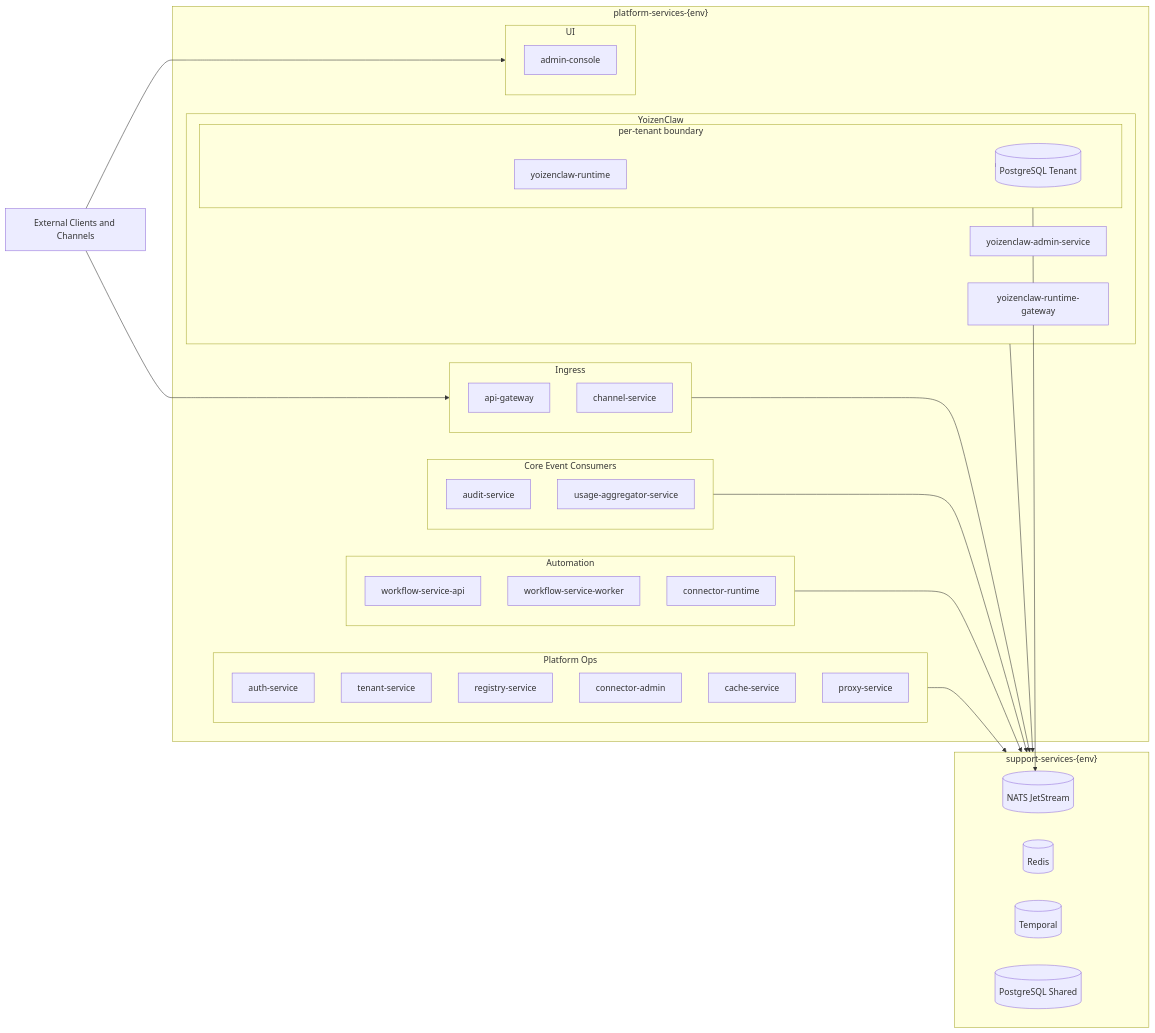
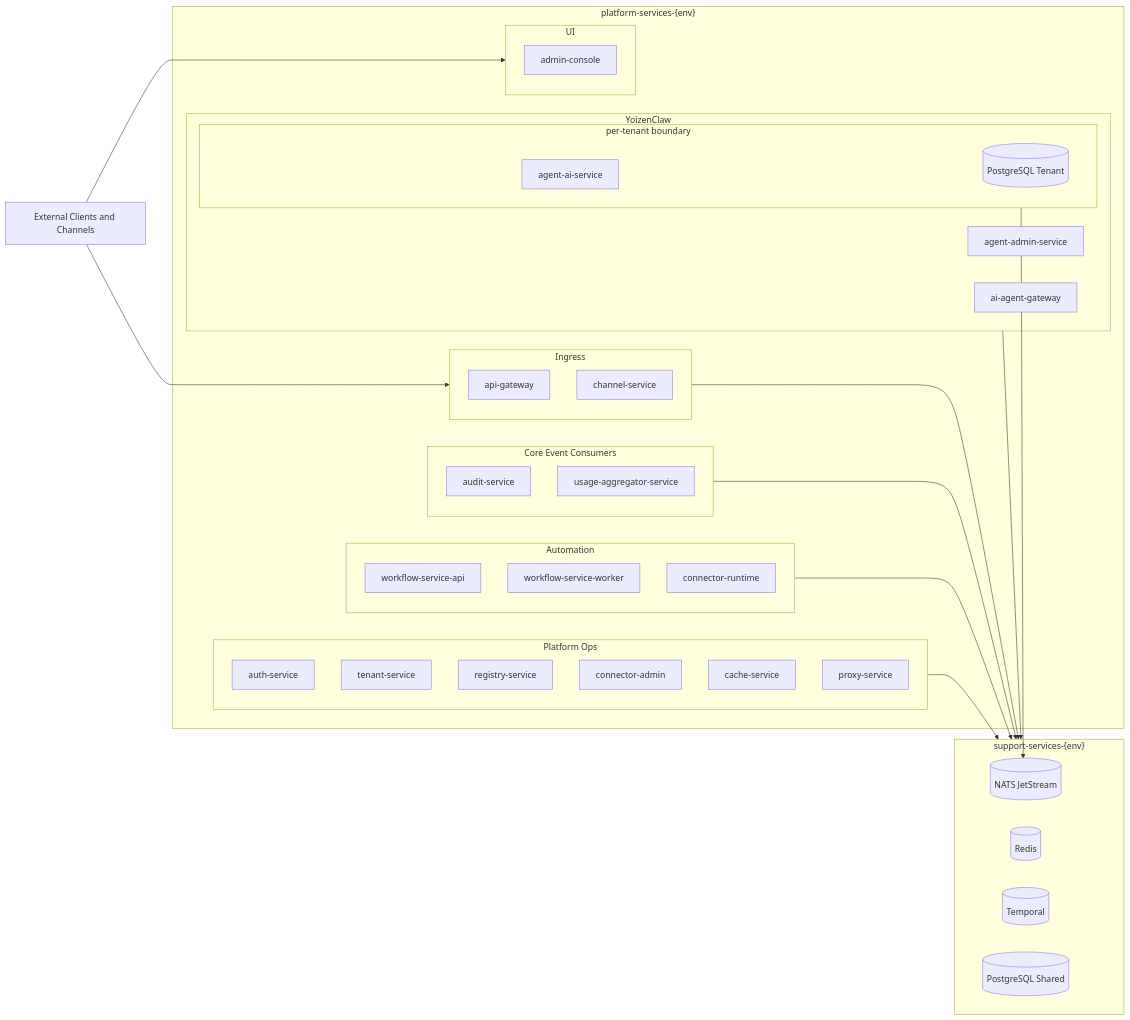
Before and after one commit to ccarnero/colloqui: the first of 11 diagrams in DOCS/01-ARCHITECTURE.md, drawn with Mermaid. The commit also changed other lines of this file and 1226 other files, not shown here.

````diff
--- a/DOCS/01-ARCHITECTURE.md
+++ b/DOCS/01-ARCHITECTURE.md
@@ -15,63 +15,63 @@
 ```mermaid
 flowchart LR
     ext[External Clients and Channels]
 
     subgraph support["support-services-{env}"]
         nats[(NATS JetStream)]
         redis[(Redis)]
         temporal[(Temporal)]
         pgs[(PostgreSQL Shared)]
     end
 
     subgraph platform["platform-services-{env}"]
         subgraph ingress[Ingress]
             gw[api-gateway]
             channel[channel-service]
         end
 
         subgraph core[Core Event Consumers]
             audit[audit-service]
             usage[usage-aggregator-service]
         end
 
         subgraph automation[Automation]
             wapi[workflow-service-api]
             wworker[workflow-service-worker]
             connector[connector-runtime]
         end
 
         subgraph yz[YoizenClaw]
-            yzadmin[yoizenclaw-admin-service]
-            yzgateway[yoizenclaw-runtime-gateway]
+            yzadmin[agent-admin-service]
+            yzgateway[ai-agent-gateway]
             subgraph tenantBoundary["per-tenant boundary"]
-                yzruntime[yoizenclaw-runtime]
+                yzruntime[agent-ai-service]
                 pgt[(PostgreSQL Tenant)]
             end
         end
 
         subgraph ops[Platform Ops]
             auth[auth-service]
             tenant[tenant-service]
             registry[registry-service]
             connectorAdmin[connector-admin]
             cache[cache-service]
             proxy[proxy-service]
         end
 
         subgraph ui[UI]
             admin[admin-console]
         end
     end
 
     ext --> ingress
     ext --> ui
 
     ingress --> support
     core --> support
     automation --> support
     yz --> support
     ops --> support
 
     tenantBoundary --> nats
     tenantBoundary --> pgt
 ```
````
